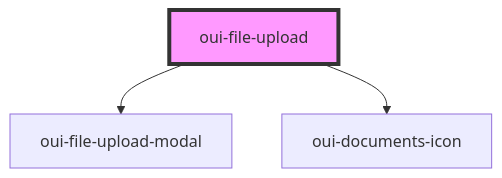
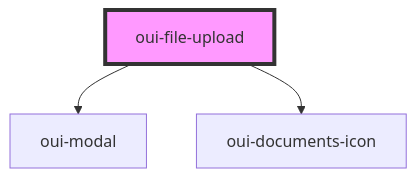
One commit to oberd/oui changed the diagram in src/components/file-upload/readme.md. Above: the diagram before and after it, drawn with Mermaid. The commit also changed other lines of this file and 11 other files, not shown here.

````diff
--- a/src/components/file-upload/readme.md
+++ b/src/components/file-upload/readme.md
@@ -56,6 +58,6 @@
 ```mermaid
 graph TD;
-  oui-file-upload --> oui-file-upload-modal
+  oui-file-upload --> oui-modal
   oui-file-upload --> oui-documents-icon
   style oui-file-upload fill:#f9f,stroke:#333,stroke-width:4px
 ```
````
